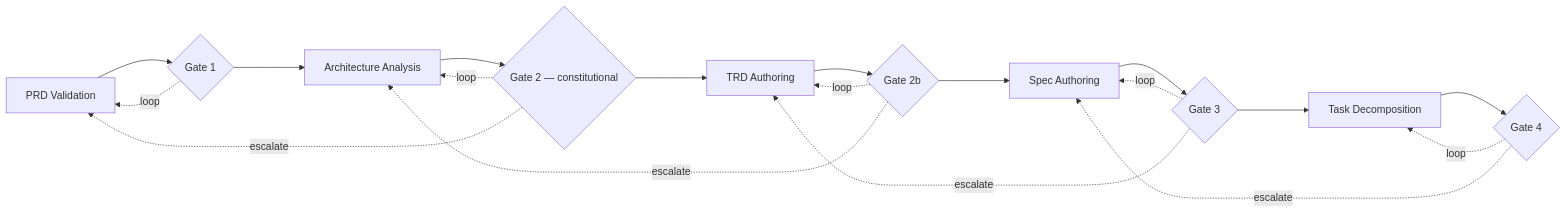
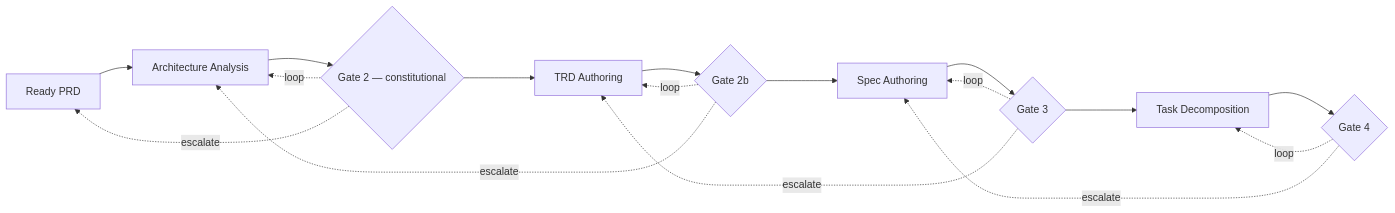
One commit to mark-satterfield/toolset changed the second of 4 diagrams in plugins/agent-teams-workforce/AGENT-TEAMS-WORKFORCE.md. Above: the diagram before and after it, drawn with Mermaid. The commit also changed other lines of this file and 5 other files, not shown here.

First line of the commit message:
feat(agent-teams-workforce): 6.41.0 — prd-to-spec starts from a ready PRD and never writes one

````diff
--- a/plugins/agent-teams-workforce/AGENT-TEAMS-WORKFORCE.md
+++ b/plugins/agent-teams-workforce/AGENT-TEAMS-WORKFORCE.md
@@ -50,19 +50,17 @@
 ```mermaid
 graph LR
-  V[PRD Validation] --> G1{Gate 1}
-  G1 --> A[Architecture Analysis] --> G2{Gate 2 — constitutional}
+  P[Ready PRD] --> A[Architecture Analysis] --> G2{Gate 2 — constitutional}
   G2 --> R[TRD Authoring] --> G2B{Gate 2b}
   G2B --> S[Spec Authoring] --> G3{Gate 3}
   G3 --> T[Task Decomposition] --> G4{Gate 4}
 
-  G1 -. loop .-> V
   G2 -. loop .-> A
   G2B -. loop .-> R
   G3 -. loop .-> S
   G4 -. loop .-> T
 
-  G2 -. escalate .-> V
+  G2 -. escalate .-> P
   G2B -. escalate .-> A
   G3 -. escalate .-> R
   G4 -. escalate .-> S
 ```
````
